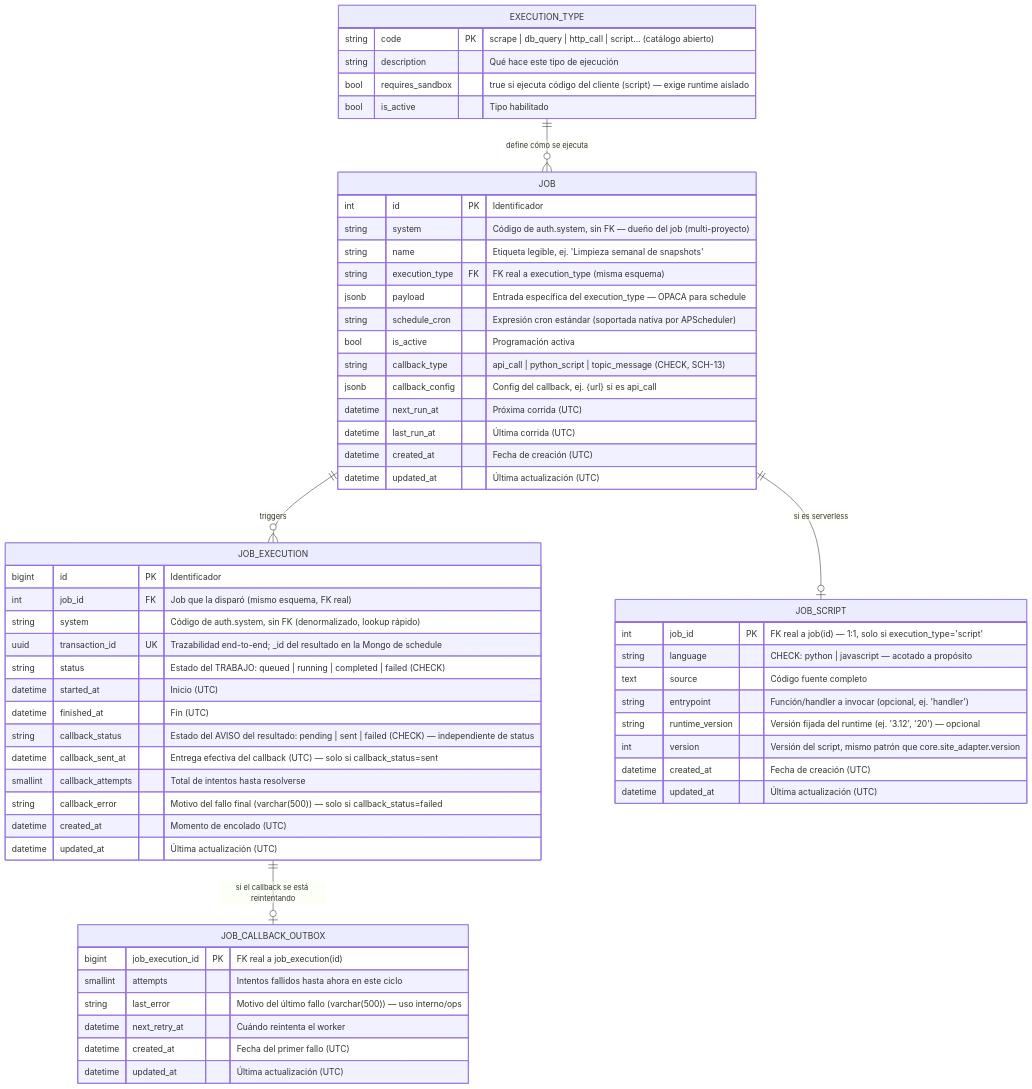
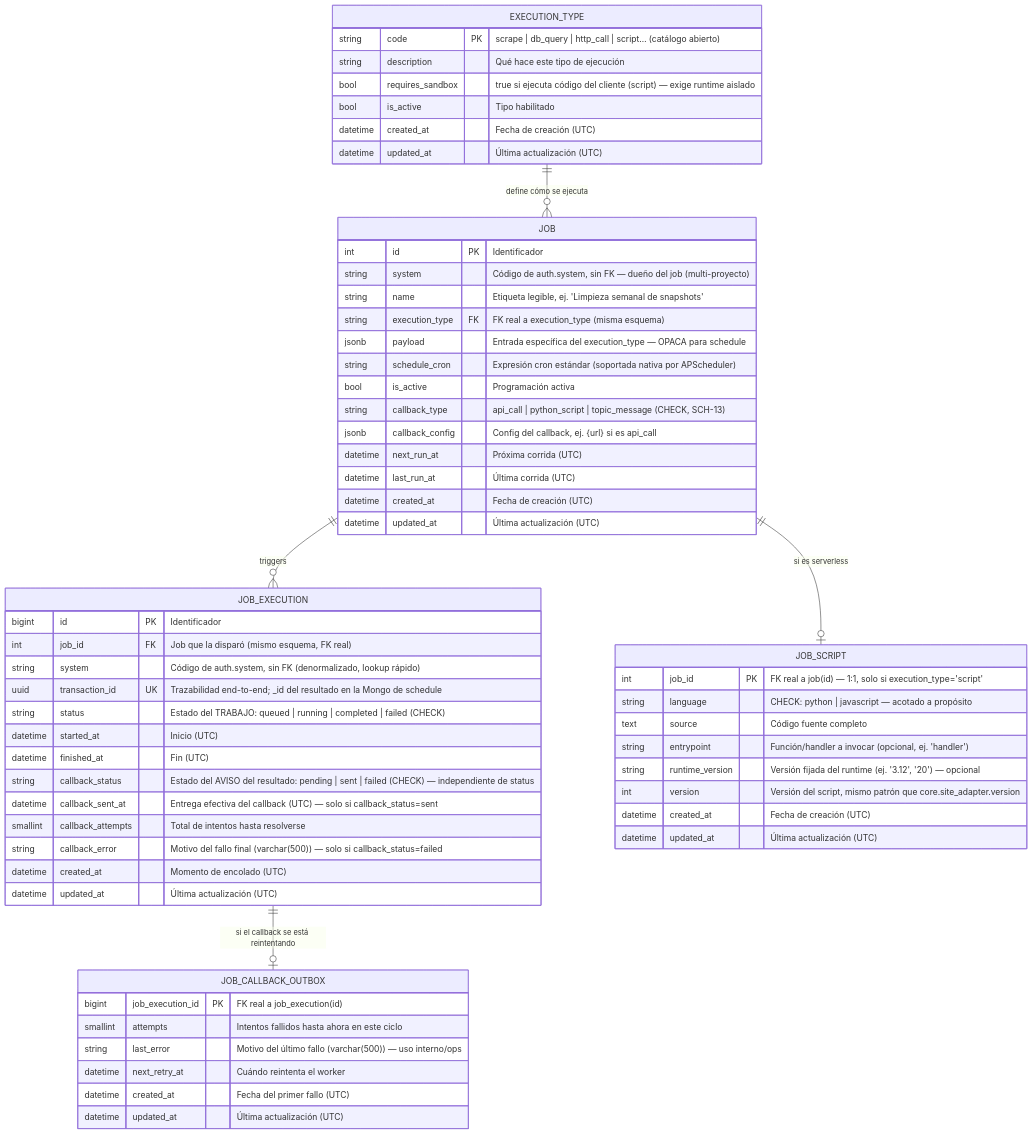
Before and after one commit to vida-I-found-it/architecture: the fourth of 5 diagrams in docs/03-modelo-datos.md, drawn with Mermaid. The commit also changed other lines of this file and 5 other files, not shown here.

First line of the commit message:
docs: 📝 update architecture, data model, requirements and pending list for per-system auth

````diff
--- a/docs/03-modelo-datos.md
+++ b/docs/03-modelo-datos.md
@@ -304,62 +419,64 @@
 ```mermaid
 erDiagram
     EXECUTION_TYPE ||--o{ JOB : "define cómo se ejecuta"
     JOB ||--o{ JOB_EXECUTION : triggers
     JOB ||--o| JOB_SCRIPT : "si es serverless"
     JOB_EXECUTION ||--o| JOB_CALLBACK_OUTBOX : "si el callback se está reintentando"
 
     EXECUTION_TYPE {
         string code PK "scrape | db_query | http_call | script… (catálogo abierto)"
         string description "Qué hace este tipo de ejecución"
         bool requires_sandbox "true si ejecuta código del cliente (script) — exige runtime aislado"
         bool is_active "Tipo habilitado"
+        datetime created_at "Fecha de creación (UTC)"
+        datetime updated_at "Última actualización (UTC)"
     }
     JOB {
         int id PK "Identificador"
         string system "Código de auth.system, sin FK — dueño del job (multi-proyecto)"
         string name "Etiqueta legible, ej. 'Limpieza semanal de snapshots'"
         string execution_type FK "FK real a execution_type (misma esquema)"
         jsonb payload "Entrada específica del execution_type — OPACA para schedule"
         string schedule_cron "Expresión cron estándar (soportada nativa por APScheduler)"
         bool is_active "Programación activa"
         string callback_type "api_call | python_script | topic_message (CHECK, SCH-13)"
         jsonb callback_config "Config del callback, ej. {url} si es api_call"
         datetime next_run_at "Próxima corrida (UTC)"
         datetime last_run_at "Última corrida (UTC)"
         datetime created_at "Fecha de creación (UTC)"
         datetime updated_at "Última actualización (UTC)"
     }
     JOB_SCRIPT {
         int job_id PK "FK real a job(id) — 1:1, solo si execution_type='script'"
         string language "CHECK: python | javascript — acotado a propósito"
         text source "Código fuente completo"
         string entrypoint "Función/handler a invocar (opcional, ej. 'handler')"
         string runtime_version "Versión fijada del runtime (ej. '3.12', '20') — opcional"
         int version "Versión del script, mismo patrón que core.site_adapter.version"
         datetime created_at "Fecha de creación (UTC)"
         datetime updated_at "Última actualización (UTC)"
     }
     JOB_EXECUTION {
         bigint id PK "Identificador"
         int job_id FK "Job que la disparó (mismo esquema, FK real)"
         string system "Código de auth.system, sin FK (denormalizado, lookup rápido)"
         uuid transaction_id UK "Trazabilidad end-to-end; _id del resultado en la Mongo de schedule"
         string status "Estado del TRABAJO: queued | running | completed | failed (CHECK)"
         datetime started_at "Inicio (UTC)"
         datetime finished_at "Fin (UTC)"
         string callback_status "Estado del AVISO del resultado: pending | sent | failed (CHECK) — independiente de status"
         datetime callback_sent_at "Entrega efectiva del callback (UTC) — solo si callback_status=sent"
         smallint callback_attempts "Total de intentos hasta resolverse"
         string callback_error "Motivo del fallo final (varchar(500)) — solo si callback_status=failed"
         datetime created_at "Momento de encolado (UTC)"
         datetime updated_at "Última actualización (UTC)"
     }
     JOB_CALLBACK_OUTBOX {
         bigint job_execution_id PK "FK real a job_execution(id)"
         smallint attempts "Intentos fallidos hasta ahora en este ciclo"
         string last_error "Motivo del último fallo (varchar(500)) — uso interno/ops"
         datetime next_retry_at "Cuándo reintenta el worker"
         datetime created_at "Fecha del primer fallo (UTC)"
         datetime updated_at "Última actualización (UTC)"
     }
 ```
````
